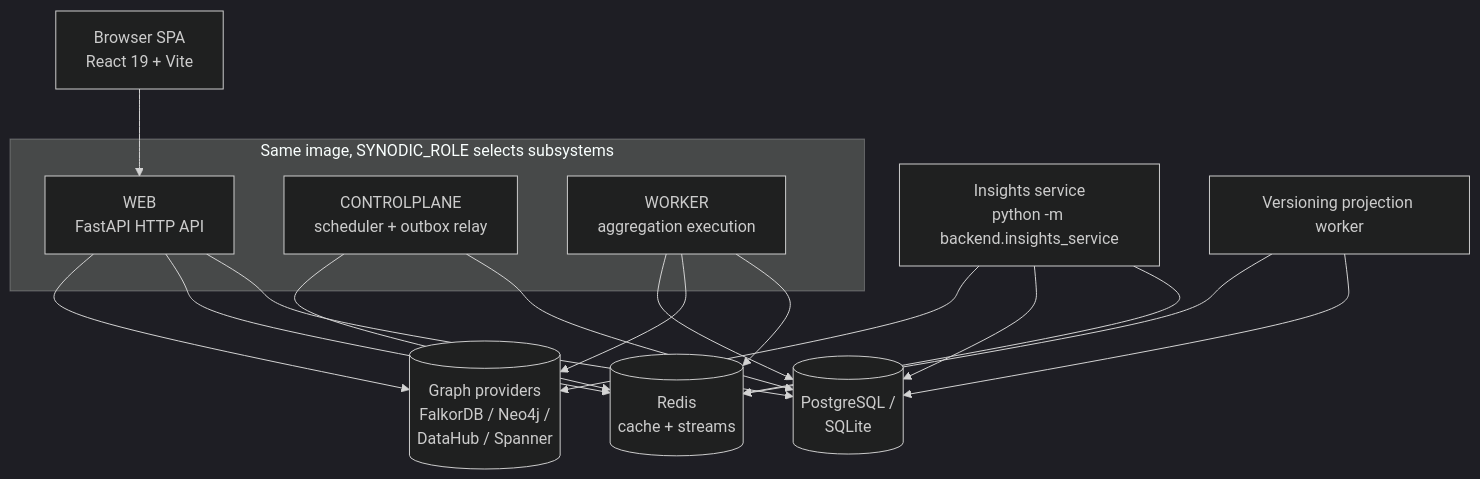
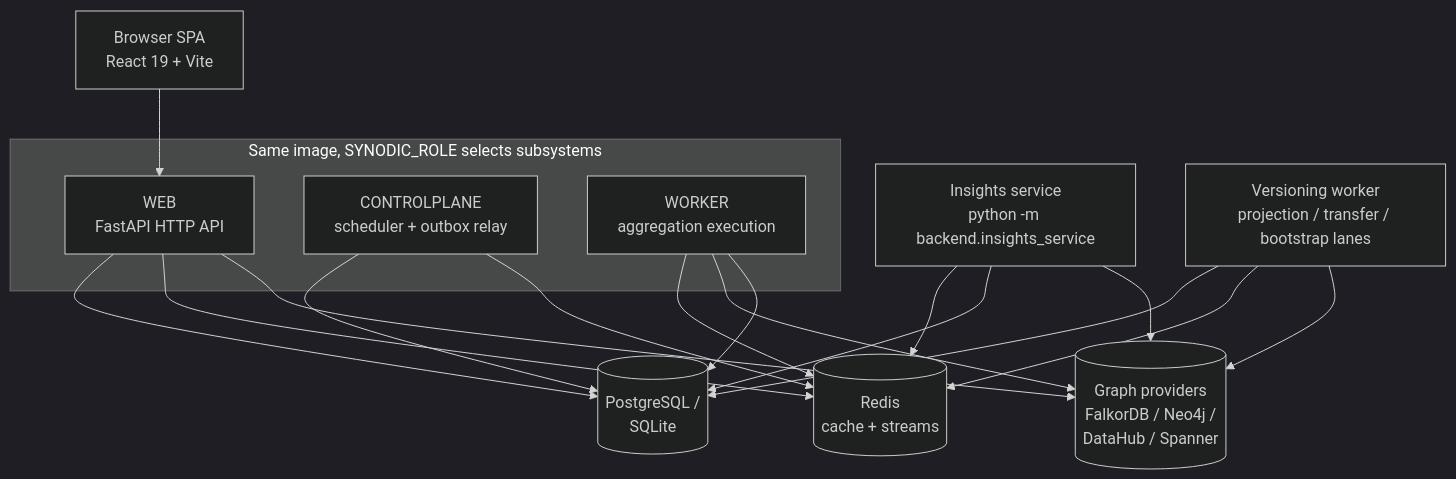
Before and after one commit to rkrumins/dataviz: the diagram in docs/services/OVERVIEW.md, drawn with Mermaid (dark theme). The commit also changed other lines of this file and 75 other files, not shown here.

````diff
--- a/docs/services/OVERVIEW.md
+++ b/docs/services/OVERVIEW.md
@@ -67,32 +75,33 @@
 ```mermaid
 flowchart TD
     UI[Browser SPA<br/>React 19 + Vite]
 
     subgraph Roles[Same image, SYNODIC_ROLE selects subsystems]
         WEB[WEB<br/>FastAPI HTTP API]
         CP[CONTROLPLANE<br/>scheduler + outbox relay]
         WK[WORKER<br/>aggregation execution]
     end
 
     INS[Insights service<br/>python -m backend.insights_service]
-    VER[Versioning projection worker]
+    VER[Versioning worker<br/>projection / transfer / bootstrap lanes]
 
     PG[(PostgreSQL /<br/>SQLite)]
     RD[(Redis<br/>cache + streams)]
     GP[(Graph providers<br/>FalkorDB / Neo4j /<br/>DataHub / Spanner)]
 
     UI --> WEB
     WEB --> PG
     WEB --> RD
     WEB --> GP
     CP --> PG
     CP --> RD
     WK --> RD
     WK --> GP
     WK --> PG
     INS --> RD
     INS --> PG
     INS --> GP
     VER --> PG
     VER --> RD
+    VER --> GP
 ```
````
